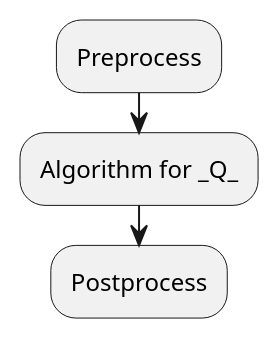
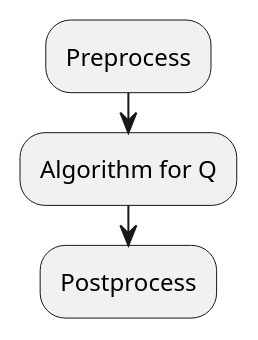
One commit to ashwinreddy/wiki changed the diagram in Computer-Science/Computational-Complexity-Theory/Reduction.md. Above: the diagram before and after it, drawn with PlantUML.

Commit message:
Updated Reduction.md (markdown)

```diff
--- a/Computer-Science/Computational-Complexity-Theory/Reduction.md
+++ b/Computer-Science/Computational-Complexity-Theory/Reduction.md
@@ -3,5 +3,5 @@
 @startuml
 :Preprocess;
-:Algorithm for _Q_;
+:Algorithm for Q;
 :Postprocess;
 @enduml
```
